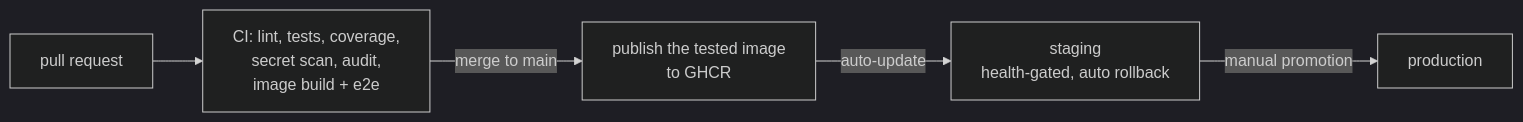
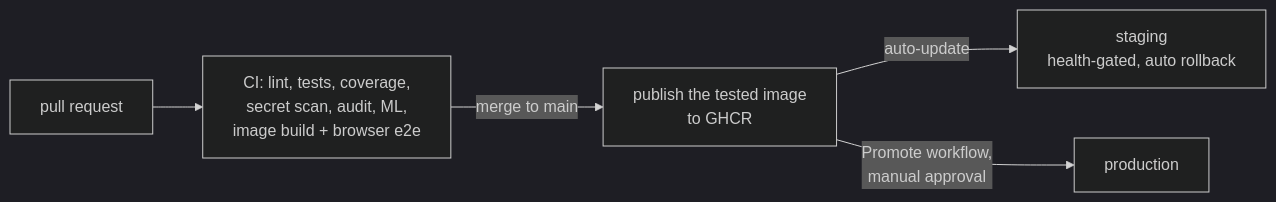
One commit to csipapicsa/emberisegelleneskartyak changed the third of 3 diagrams in README.md. Above: the diagram before and after it, drawn with Mermaid (dark theme). The commit also changed other lines of this file, not shown here.

````diff
--- a/README.md
+++ b/README.md
@@ -52,7 +99,7 @@
 ```mermaid
 flowchart LR
-    PR[pull request] --> CI[CI: lint, tests, coverage,<br>secret scan, audit,<br>image build + e2e]
+    PR[pull request] --> CI[CI: lint, tests, coverage,<br>secret scan, audit, ML,<br>image build + browser e2e]
     CI -- merge to main --> P[publish the tested image<br>to GHCR]
     P -- auto-update --> ST[staging<br>health-gated, auto rollback]
-    ST -- manual promotion --> PROD[production]
+    P -- Promote workflow,<br>manual approval --> PROD[production]
 ```
````
